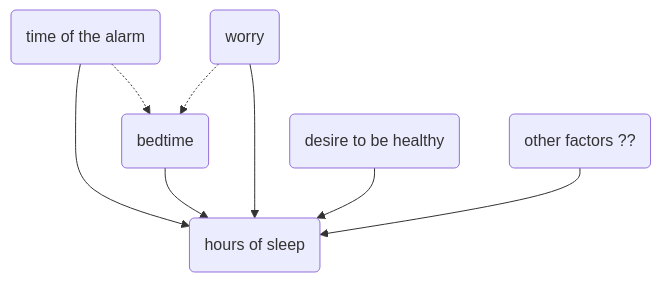
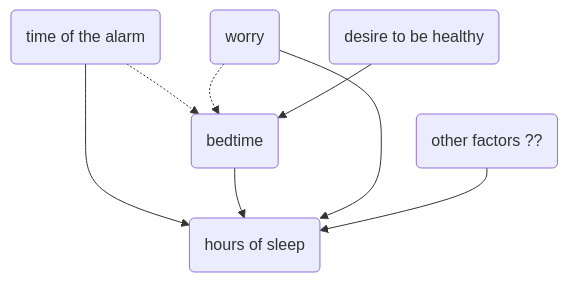
The diagram in 2022/Slides/Lecture-06.md (ethanweed/ExPsyLing), drawn with Mermaid before and after one commit. The commit also changed 2 other files, not shown here.

Commit message:
auto-updated with build.sh

````diff
--- a/2022/Slides/Lecture-06.md
+++ b/2022/Slides/Lecture-06.md
@@ -179,11 +179,11 @@
 ```{.mermaid format=svg  theme=neutral width=400 }
 graph TB
 A(time of the alarm) -->B(hours of sleep)
 C(bedtime) -->B
 A-.->C
 D(worry)-->B
 D-.->C
-E(desire to be healthy)-->B
+E(desire to be healthy)-->C
 F(other factors ??)-->B
 
 ```
````
